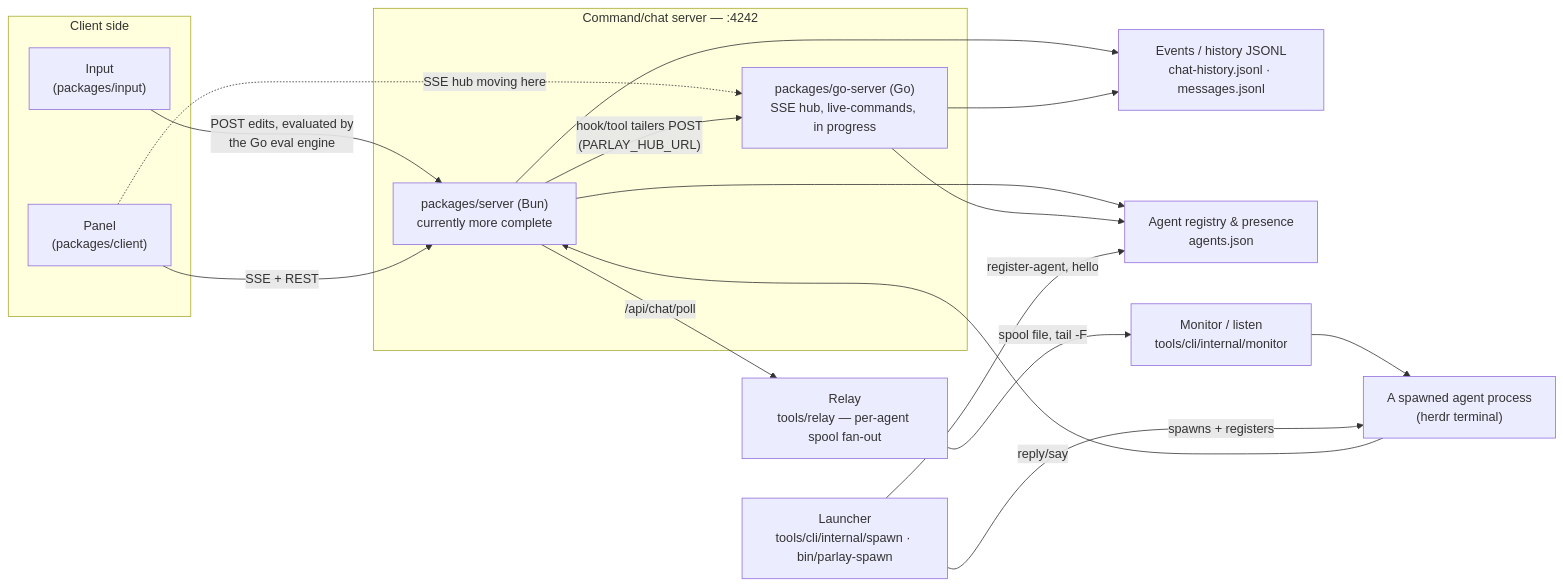
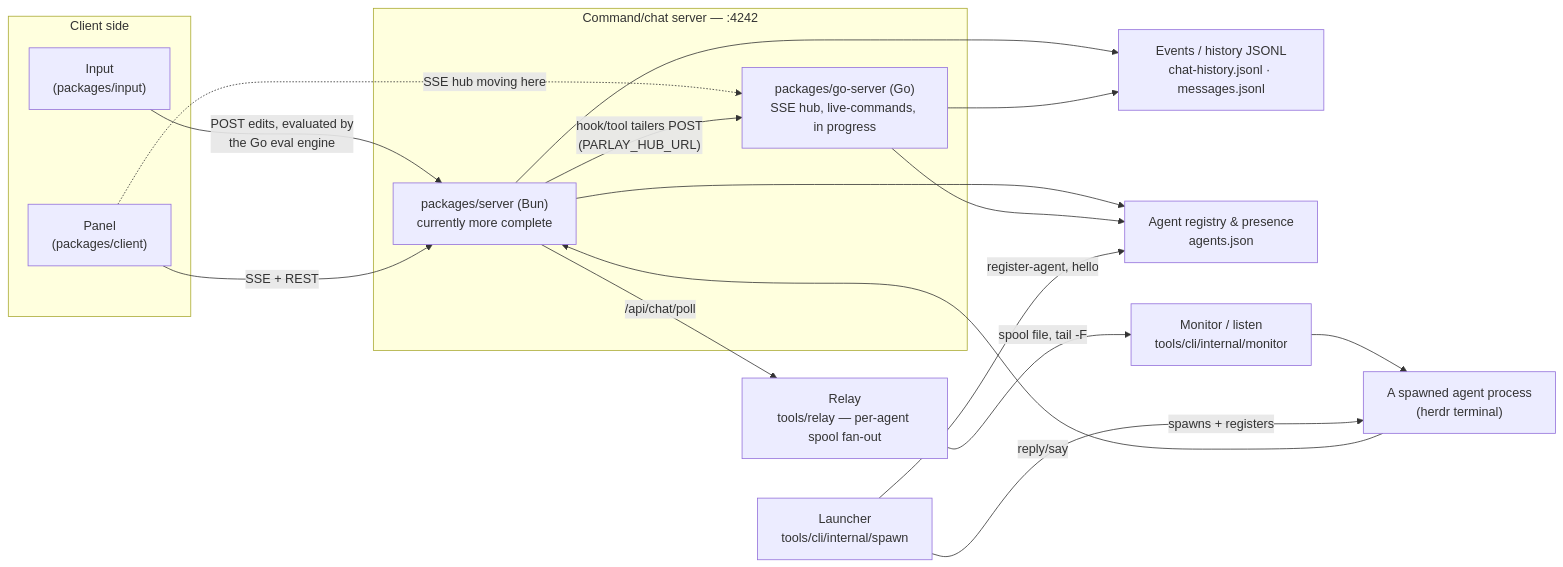
The diagram in README.md (trillium/parlay), drawn with Mermaid before and after one commit. The commit also changed other lines of this file and 58 other files, not shown here.

````diff
--- a/README.md
+++ b/README.md
@@ -200,34 +199,34 @@
 ```mermaid
 flowchart LR
     subgraph client_side["Client side"]
         input["Input\n(packages/input)"]
         panel["Panel\n(packages/client)"]
     end
 
     subgraph server_side["Command/chat server — :4242"]
         bun["packages/server (Bun)\ncurrently more complete"]
         go["packages/go-server (Go)\nSSE hub, live-commands, in progress"]
     end
 
     hist["Events / history JSONL\nchat-history.jsonl · messages.jsonl"]
     registry["Agent registry & presence\nagents.json"]
     relay["Relay\ntools/relay — per-agent spool fan-out"]
     monitor["Monitor / listen\ntools/cli/internal/monitor"]
-    launcher["Launcher\ntools/cli/internal/spawn · bin/parlay-spawn"]
+    launcher["Launcher\ntools/cli/internal/spawn"]
     agent["A spawned agent process\n(herdr terminal)"]
 
     input -- "POST edits, evaluated by\nthe Go eval engine" --> bun
     panel -- "SSE + REST" --> bun
     panel -. "SSE hub moving here" .-> go
     bun -- "hook/tool tailers POST\n(PARLAY_HUB_URL)" --> go
     bun --> hist
     go --> hist
     bun --> registry
     go --> registry
     bun -- "/api/chat/poll" --> relay
     relay -- "spool file, tail -F" --> monitor
     monitor --> agent
     launcher -- "spawns + registers" --> agent
     launcher -- "register-agent, hello" --> registry
     agent -- "reply/say" --> bun
 ```
````
